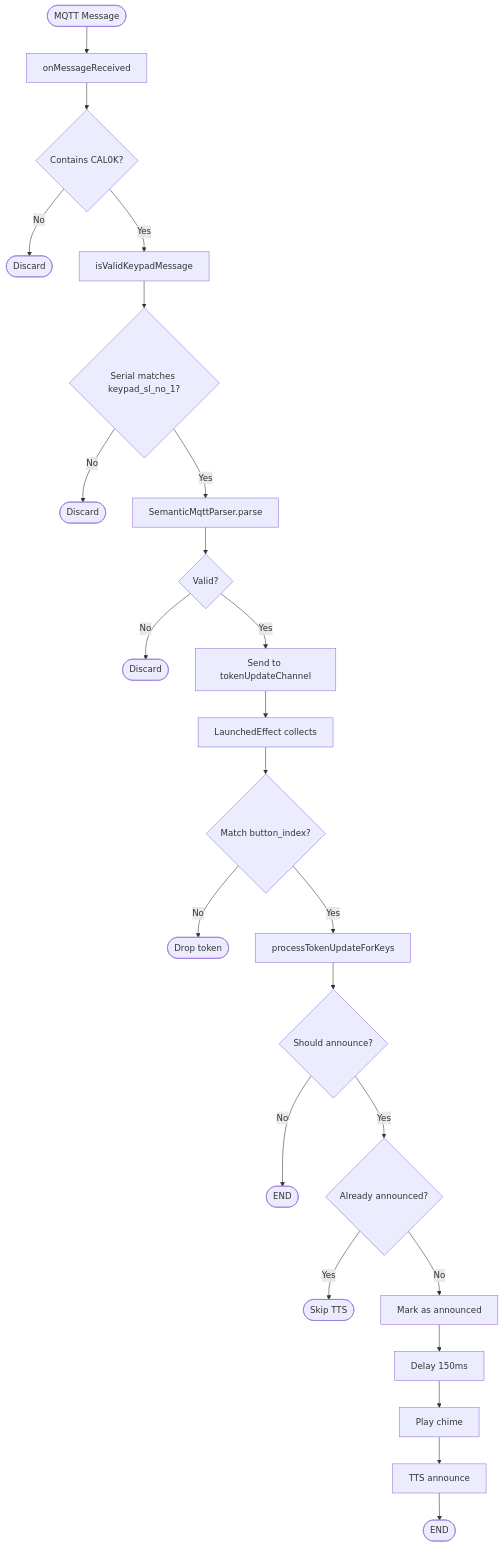
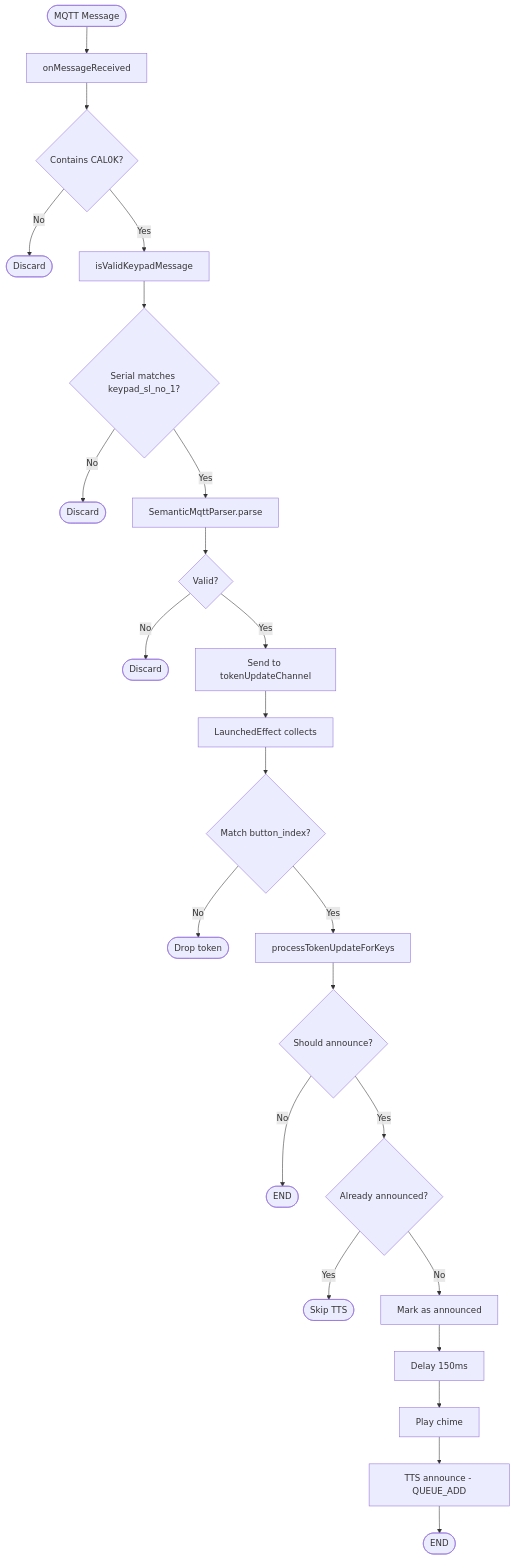
One commit to AdhiAdithyan/CallQTV changed the fifth of 8 diagrams in FLOWCHARTS.md. Above: the diagram before and after it, drawn with Mermaid. The commit also changed 13 other files, not shown here.

````diff
--- a/FLOWCHARTS.md
+++ b/FLOWCHARTS.md
@@ -121,26 +121,26 @@
 ```mermaid
 flowchart TD
     START([MQTT Message]) --> RECV[onMessageReceived]
     RECV --> FILTER{Contains CAL0K?}
     FILTER -->|No| DROP0([Discard])
     FILTER -->|Yes| VALIDATE[isValidKeypadMessage]
     VALIDATE --> D1{Serial matches keypad_sl_no_1?}
     D1 -->|No| DROP1([Discard])
     D1 -->|Yes| PARSE[SemanticMqttParser.parse]
     PARSE --> D2{Valid?}
     D2 -->|No| DROP2([Discard])
     D2 -->|Yes| SEND[Send to tokenUpdateChannel]
     SEND --> COLLECT[LaunchedEffect collects]
     COLLECT --> D3{Match button_index?}
     D3 -->|No| DROP3([Drop token])
     D3 -->|Yes| ATOMIC[processTokenUpdateForKeys]
     ATOMIC --> D4{Should announce?}
     D4 -->|No| END1([END])
     D4 -->|Yes| DEDUP{Already announced?}
     DEDUP -->|Yes| END2([Skip TTS])
     DEDUP -->|No| MARK[Mark as announced]
     MARK --> DELAY[Delay 150ms]
     DELAY --> CHIME[Play chime]
-    CHIME --> TTS[TTS announce]
+    CHIME --> TTS[TTS announce - QUEUE_ADD]
     TTS --> END3([END])
 ```
````
